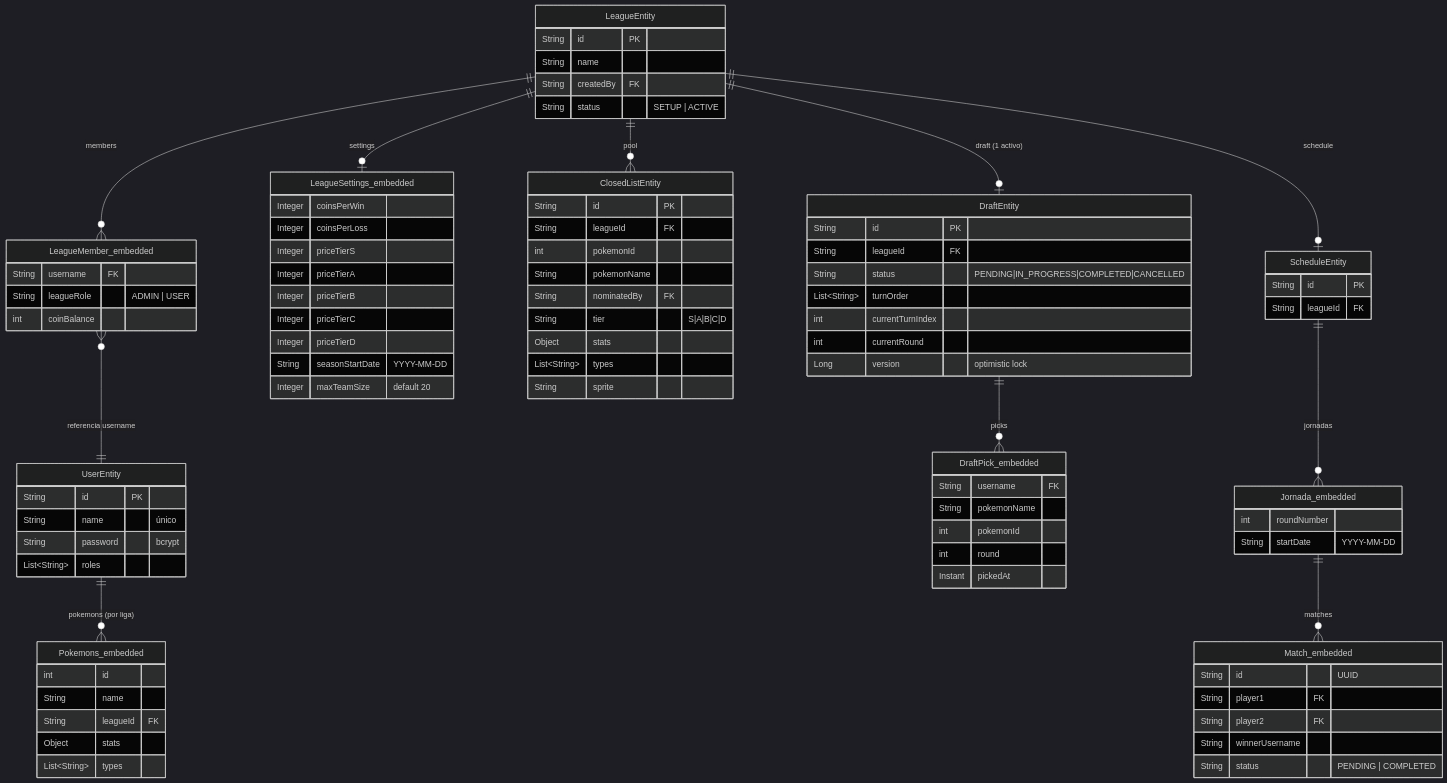
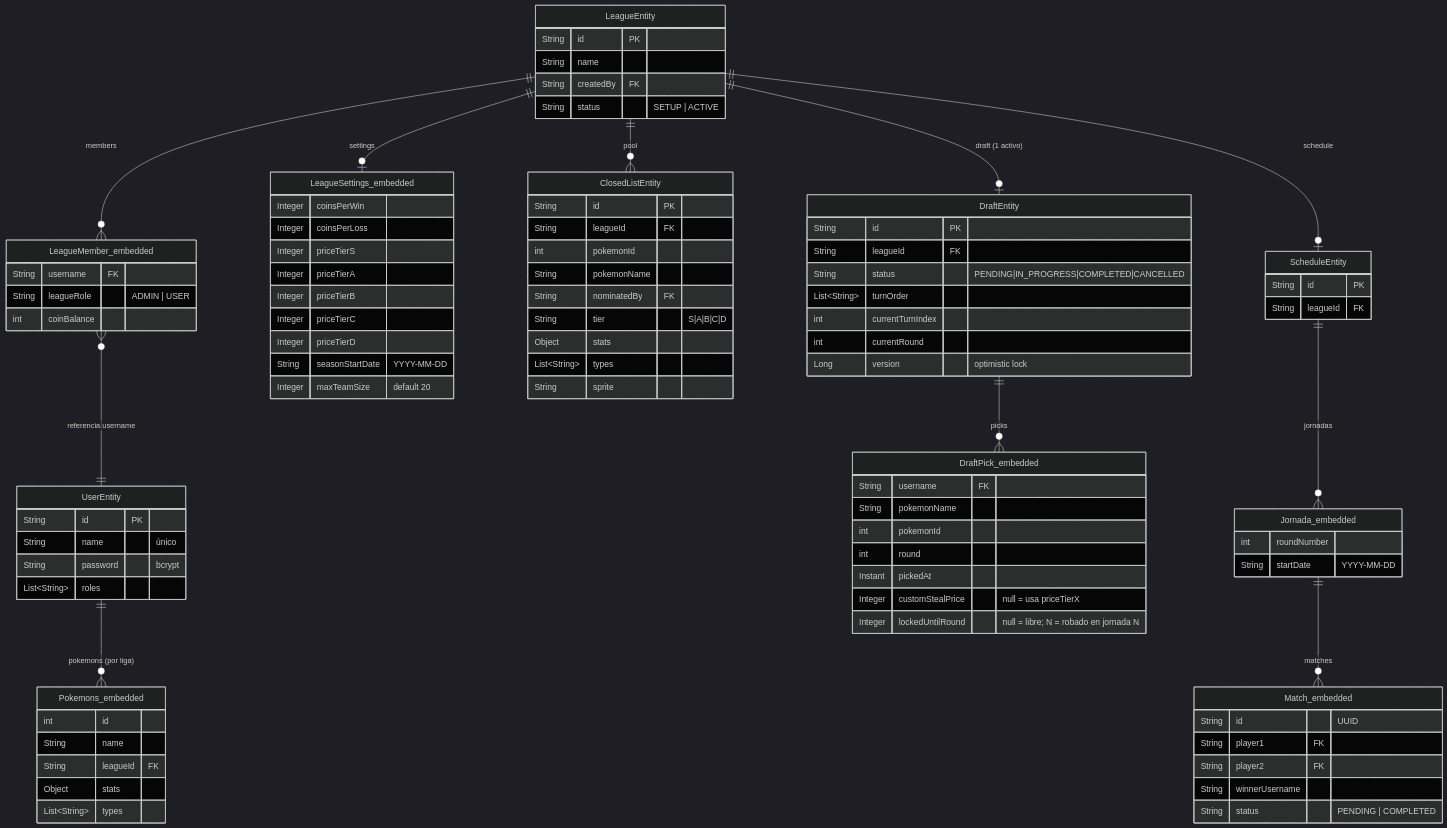
One commit to Pokemons-Fantasy/pokefantasy changed the first of 2 diagrams in docs/DIAGRAMS.md. Above: the diagram before and after it, drawn with Mermaid (dark theme). The commit also changed other lines of this file and 1 other file, not shown here.

First line of the commit message:
docs: update roadmap and diagrams after steal system completion

```diff
--- a/docs/DIAGRAMS.md
+++ b/docs/DIAGRAMS.md
@@ -73,6 +73,8 @@
         int     pokemonId
         int     round
         Instant pickedAt
+        Integer customStealPrice "null = usa priceTierX"
+        Integer lockedUntilRound "null = libre; N = robado en jornada N"
     }
     ScheduleEntity {
         String id PK
```
